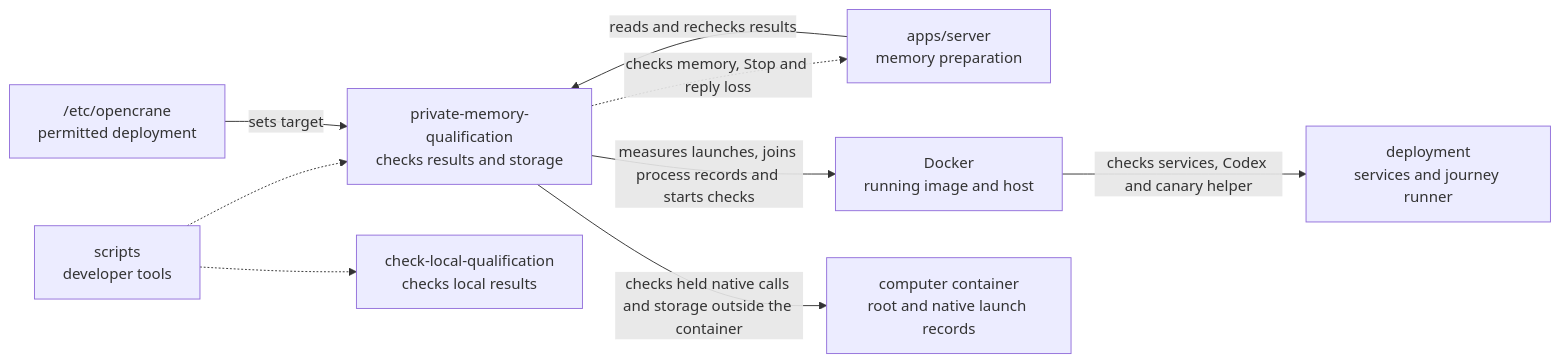
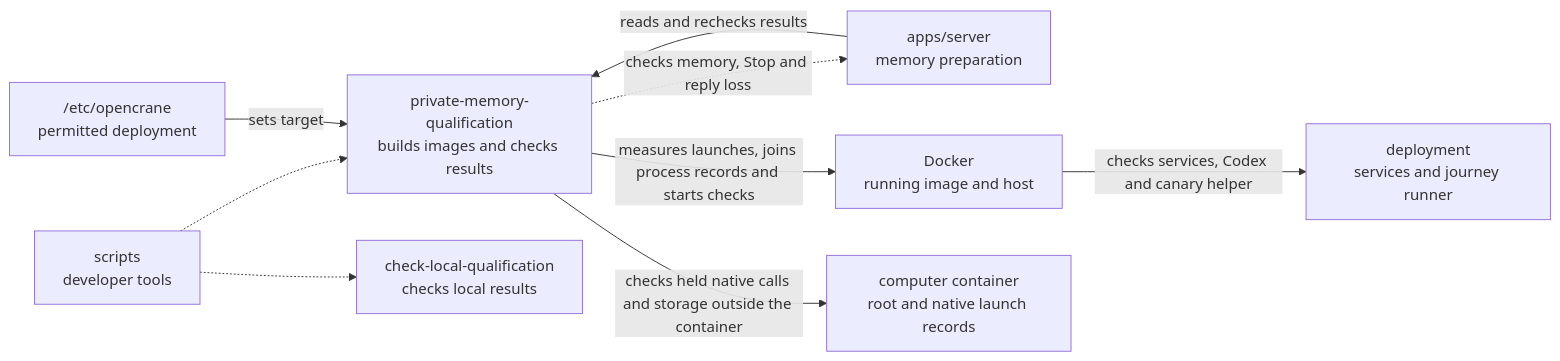
The diagram in scripts/private-memory-qualification/README.md (elewa-git/opencrane-new), drawn with Mermaid before and after one commit. The commit also changed other lines of this file and 17 other files, not shown here.

First line of the commit message:
🛡️ Memory qualification builds its computer image from the reviewed revision only, never promoted (#1022)

````diff
--- a/scripts/private-memory-qualification/README.md
+++ b/scripts/private-memory-qualification/README.md
@@ -19,11 +20,11 @@
 ```mermaid
 flowchart LR
-  scripts["scripts<br/>developer tools"] -.-> collector["private-memory-qualification<br/>checks results and storage"]
+  scripts["scripts<br/>developer tools"] -.-> collector["private-memory-qualification<br/>builds images and checks results"]
   scripts -.-> sibling["check-local-qualification<br/>checks local results"]
   server["apps/server<br/>memory preparation"] -->|reads and rechecks results| collector
   collector -.->|checks memory, Stop and reply loss| server
   config["/etc/opencrane<br/>permitted deployment"] -->|sets target| collector
   collector -->|measures launches, joins process records and starts checks| docker["Docker<br/>running image and host"]
   docker -->|checks services, Codex and canary helper| deployment["deployment<br/>services and journey runner"]
   collector -->|checks held native calls and storage outside the container| computer["computer container<br/>root and native launch records"]
 ```
````
